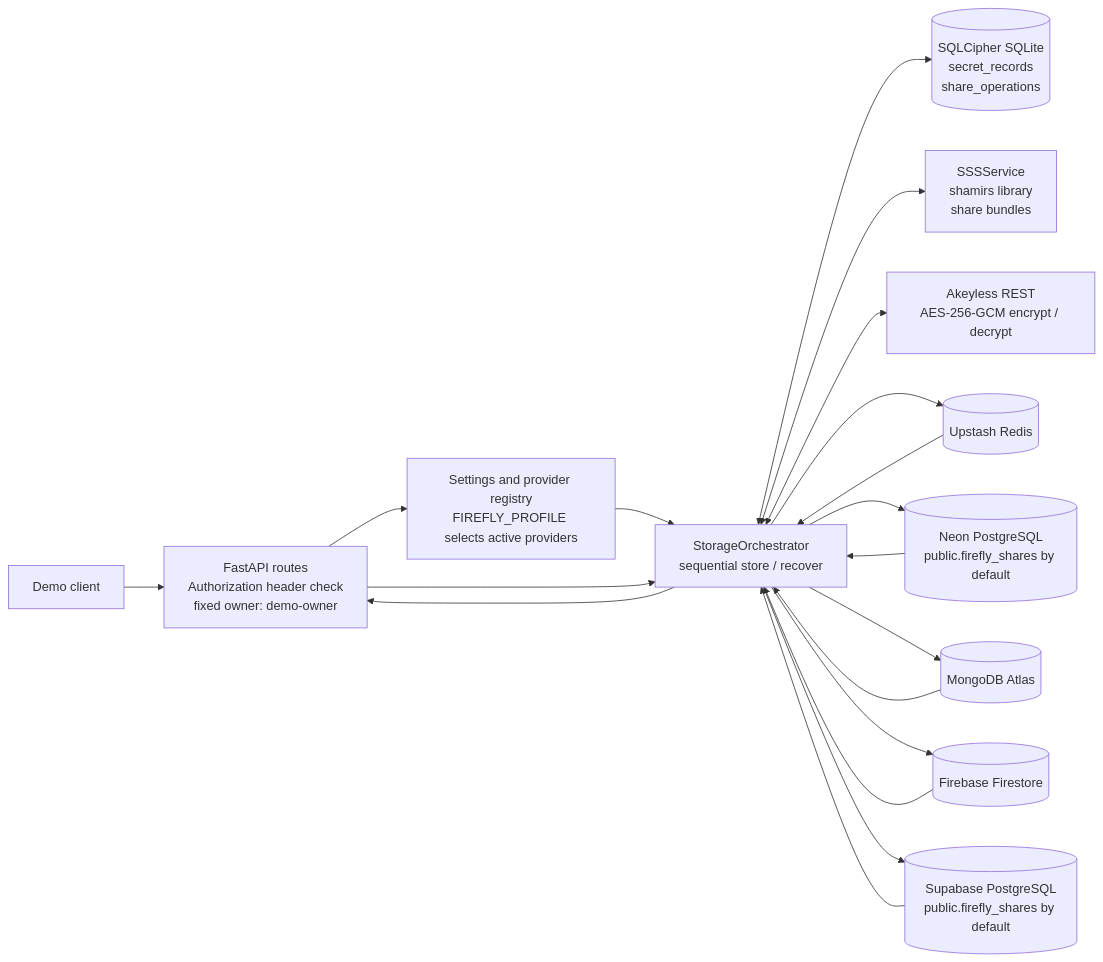
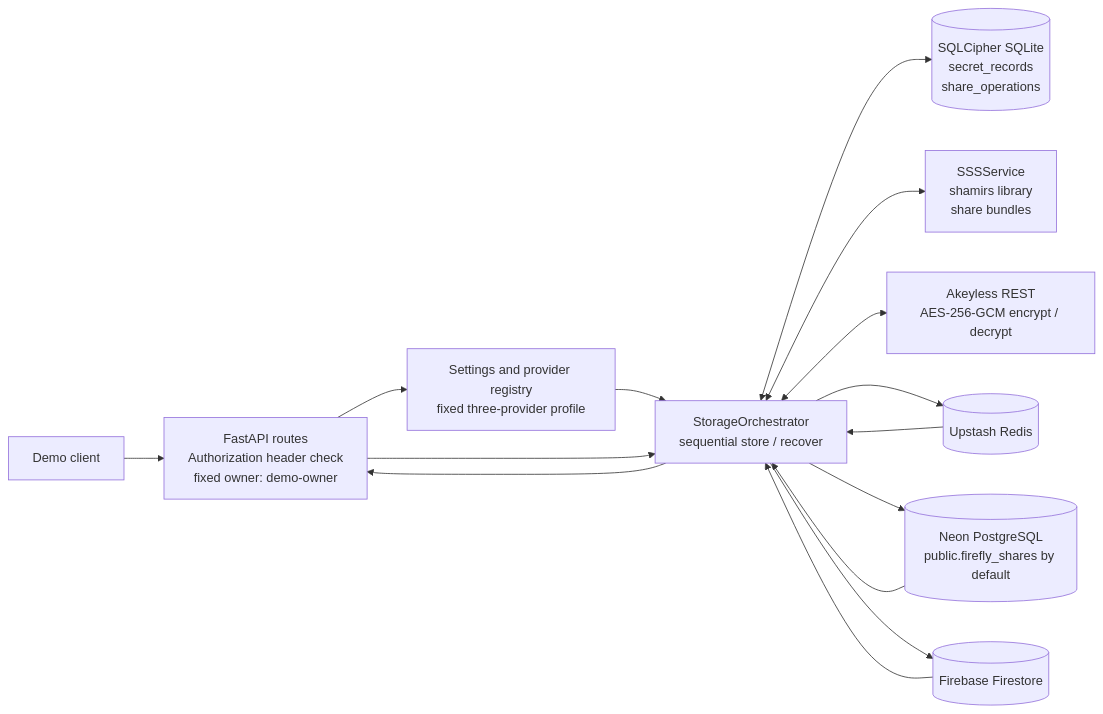
Before and after one commit to Raj-pratap07/Compromized: the first of 3 diagrams in docs/firefly-docs-pack/docs/IMPLEMENTED_ARCHITECTURE.md, drawn with Mermaid. The commit also changed other lines of this file and 69 other files, not shown here.

````diff
--- a/docs/firefly-docs-pack/docs/IMPLEMENTED_ARCHITECTURE.md
+++ b/docs/firefly-docs-pack/docs/IMPLEMENTED_ARCHITECTURE.md
@@ -30,35 +21,29 @@
 ```mermaid
 flowchart LR
     Client["Demo client"]
     API["FastAPI routes<br/>Authorization header check<br/>fixed owner: demo-owner"]
-    Config["Settings and provider registry<br/>FIREFLY_PROFILE selects active providers"]
+    Config["Settings and provider registry<br/>fixed three-provider profile"]
     Orchestrator["StorageOrchestrator<br/>sequential store / recover"]
     SSS["SSSService<br/>shamirs library<br/>share bundles"]
     Akeyless["Akeyless REST<br/>AES-256-GCM encrypt / decrypt"]
     Metadata[("SQLCipher SQLite<br/>secret_records<br/>share_operations")]
     Upstash[("Upstash Redis")]
     Neon[("Neon PostgreSQL<br/>public.firefly_shares by default")]
-    Mongo[("MongoDB Atlas")]
     Firestore[("Firebase Firestore")]
-    Supabase[("Supabase PostgreSQL<br/>public.firefly_shares by default")]
 
     Client --> API
     API --> Config
     Config --> Orchestrator
     API --> Orchestrator
     Orchestrator <--> Metadata
     Orchestrator <--> SSS
     Orchestrator <--> Akeyless
     Orchestrator --> Upstash
     Orchestrator --> Neon
-    Orchestrator --> Mongo
     Orchestrator --> Firestore
-    Orchestrator --> Supabase
     Upstash --> Orchestrator
     Neon --> Orchestrator
-    Mongo --> Orchestrator
     Firestore --> Orchestrator
-    Supabase --> Orchestrator
     Orchestrator --> API
 
 ```
````
